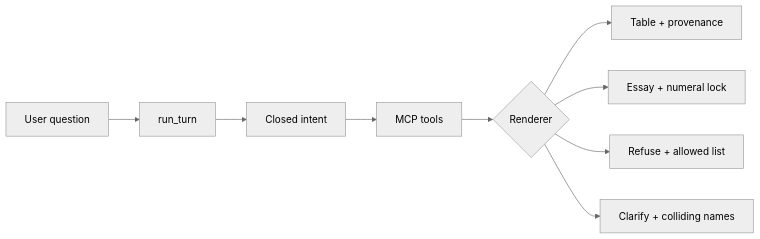
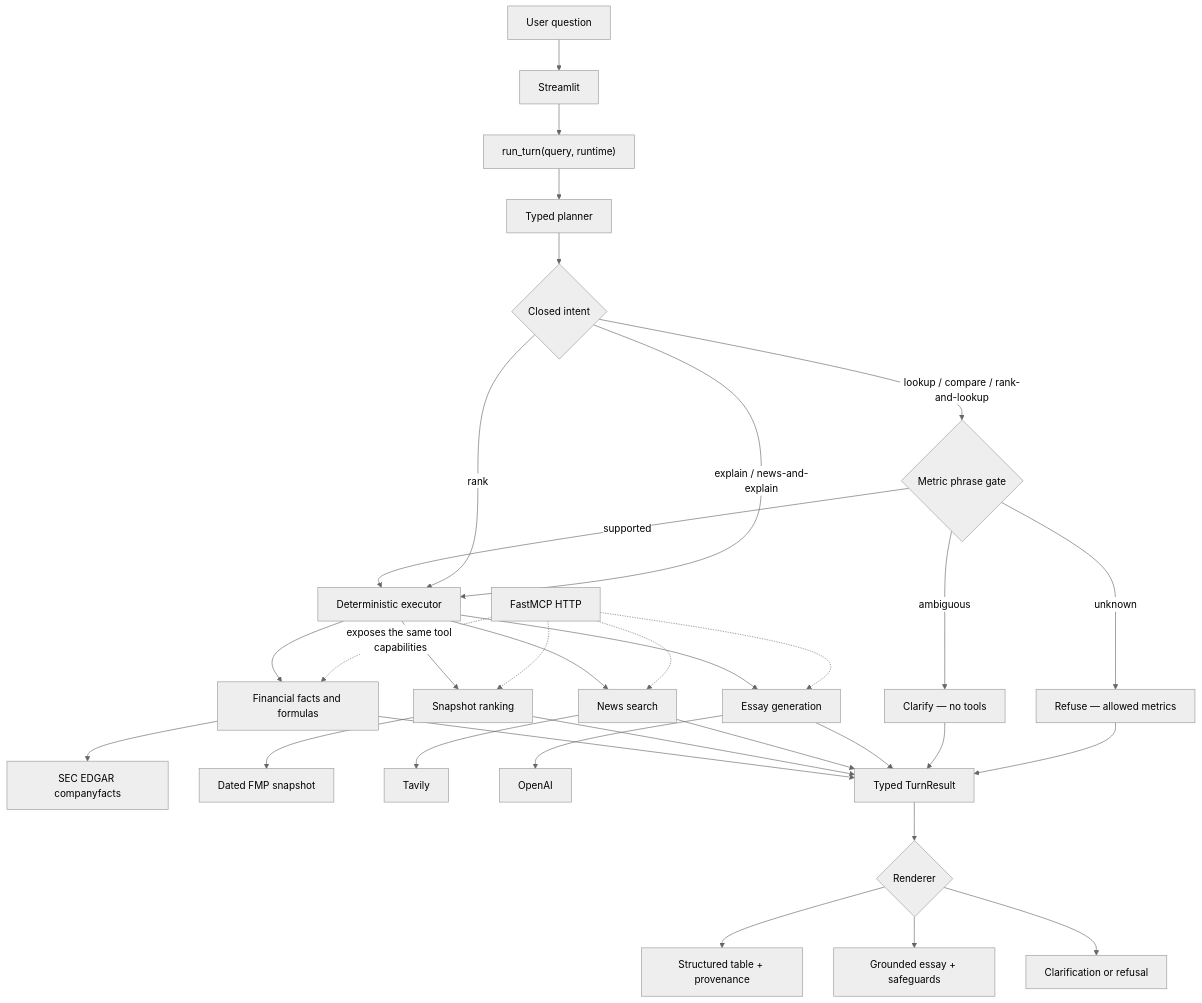
Before and after one commit to bpyman/financial-analyst-agent: the diagram in docs/design.md, drawn with Mermaid (neutral theme). The commit also changed other lines of this file and 28 other files, not shown here.

````diff
--- a/docs/design.md
+++ b/docs/design.md
@@ -7,11 +37,42 @@
 ```mermaid
-flowchart LR
-  U[User question] --> RT["run_turn"]
-  RT --> P[Closed intent]
-  P --> MCP[MCP tools]
-  MCP --> R{Renderer}
-  R --> Table[Table + provenance]
-  R --> Essay[Essay + numeral lock]
-  R --> Refuse[Refuse + allowed list]
-  R --> Clarify[Clarify + colliding names]
+flowchart TB
+    U[User question] --> UI[Streamlit]
+    UI --> RT["run_turn(query, runtime)"]
+    RT --> P[Typed planner]
+    P --> I{Closed intent}
+
+    I -->|lookup / compare / rank-and-lookup| G{Metric phrase gate}
+    G -->|ambiguous| C[Clarify — no tools]
+    G -->|unknown| RF[Refuse — allowed metrics]
+    G -->|supported| X[Deterministic executor]
+
+    I -->|rank| X
+    I -->|explain / news-and-explain| X
+
+    X --> T1[Financial facts and formulas]
+    X --> T2[Snapshot ranking]
+    X --> T3[News search]
+    X --> T4[Essay generation]
+
+    T1 --> SEC[SEC EDGAR companyfacts]
+    T2 --> FMP[Dated FMP snapshot]
+    T3 --> TV[Tavily]
+    T4 --> LLM[OpenAI]
+
+    T1 --> TR[Typed TurnResult]
+    T2 --> TR
+    T3 --> TR
+    T4 --> TR
+    C --> TR
+    RF --> TR
+
+    TR --> R{Renderer}
+    R --> ST[Structured table + provenance]
+    R --> ES[Grounded essay + safeguards]
+    R --> ER[Clarification or refusal]
+
+    MCP[FastMCP HTTP] -. exposes the same tool capabilities .-> T1
+    MCP -.-> T2
+    MCP -.-> T3
+    MCP -.-> T4
 ```
````
